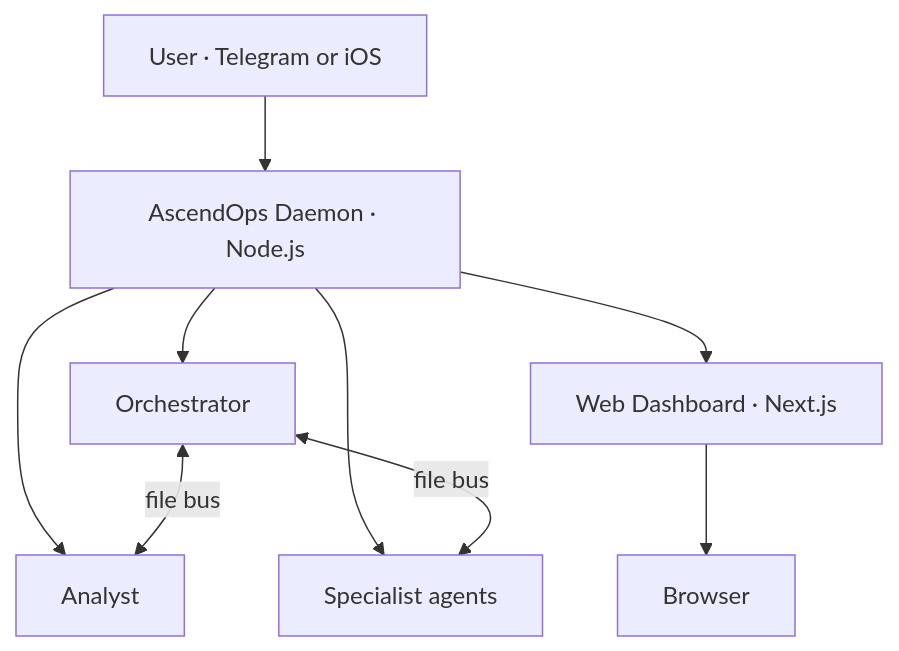
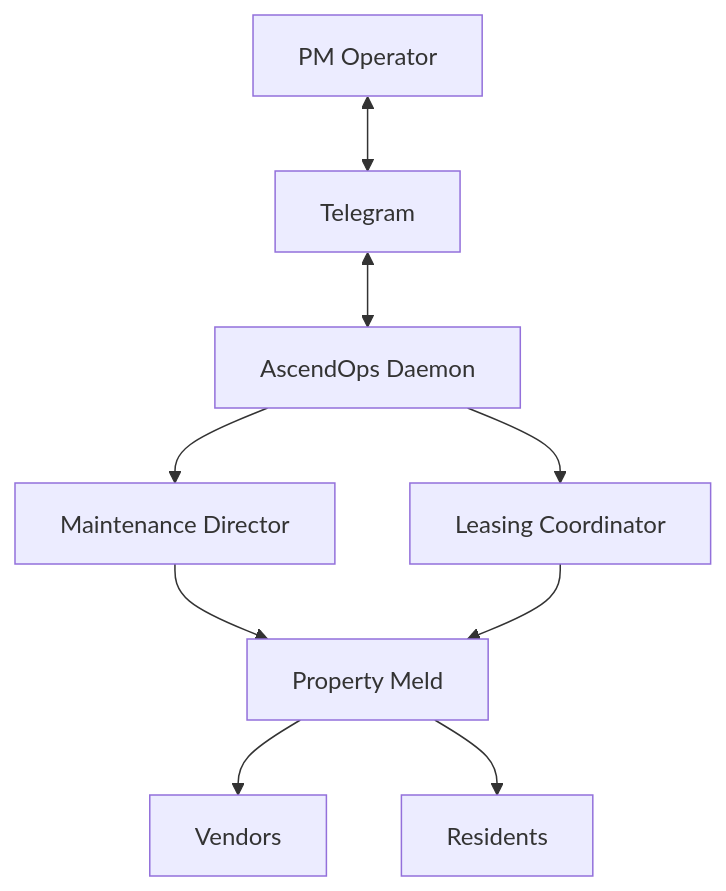
One commit to brett817/ascendops changed the diagram in README.md. Above: the diagram before and after it, drawn with Mermaid. The commit also changed other lines of this file, not shown here.

First line of the commit message:
docs: README roadmap rewrite + operator polish pass (#27)

````diff
--- a/README.md
+++ b/README.md
@@ -68,11 +70,20 @@
 ```mermaid
-flowchart TD
-    U[User · Telegram or iOS] --> D[AscendOps Daemon · Node.js]
-    D --> O[Orchestrator]
-    D --> A[Analyst]
-    D --> W[Specialist agents]
-    O <-->|file bus| A
-    O <-->|file bus| W
-    D --> Web[Web Dashboard · Next.js]
-    Web --> U2[Browser]
+flowchart TB
+    Operator[PM Operator]
+    Telegram[Telegram]
+    Daemon[AscendOps Daemon]
+    MD[Maintenance Director]
+    LC[Leasing Coordinator]
+    PM[Property Meld]
+    Vendors[Vendors]
+    Residents[Residents]
+
+    Operator <--> Telegram
+    Telegram <--> Daemon
+    Daemon --> MD
+    Daemon --> LC
+    MD --> PM
+    LC --> PM
+    PM --> Vendors
+    PM --> Residents
 ```
````
